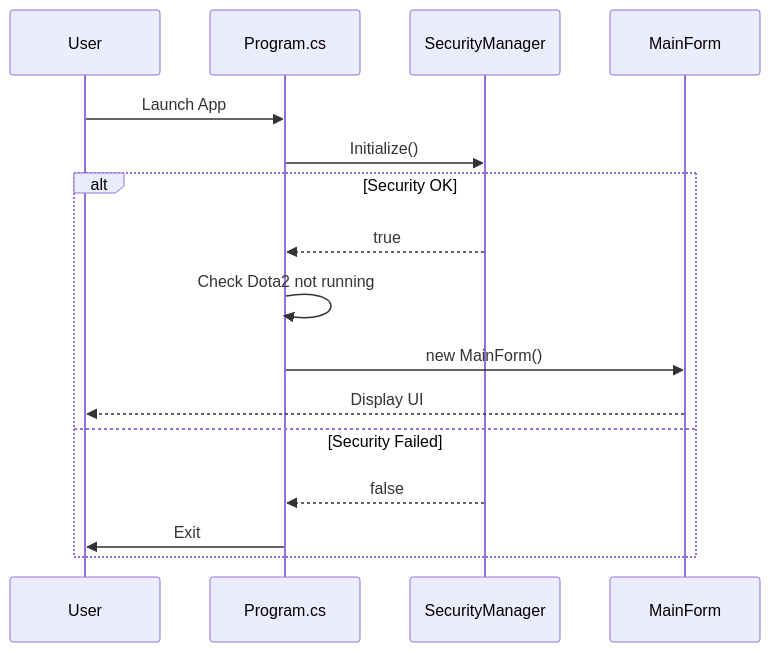
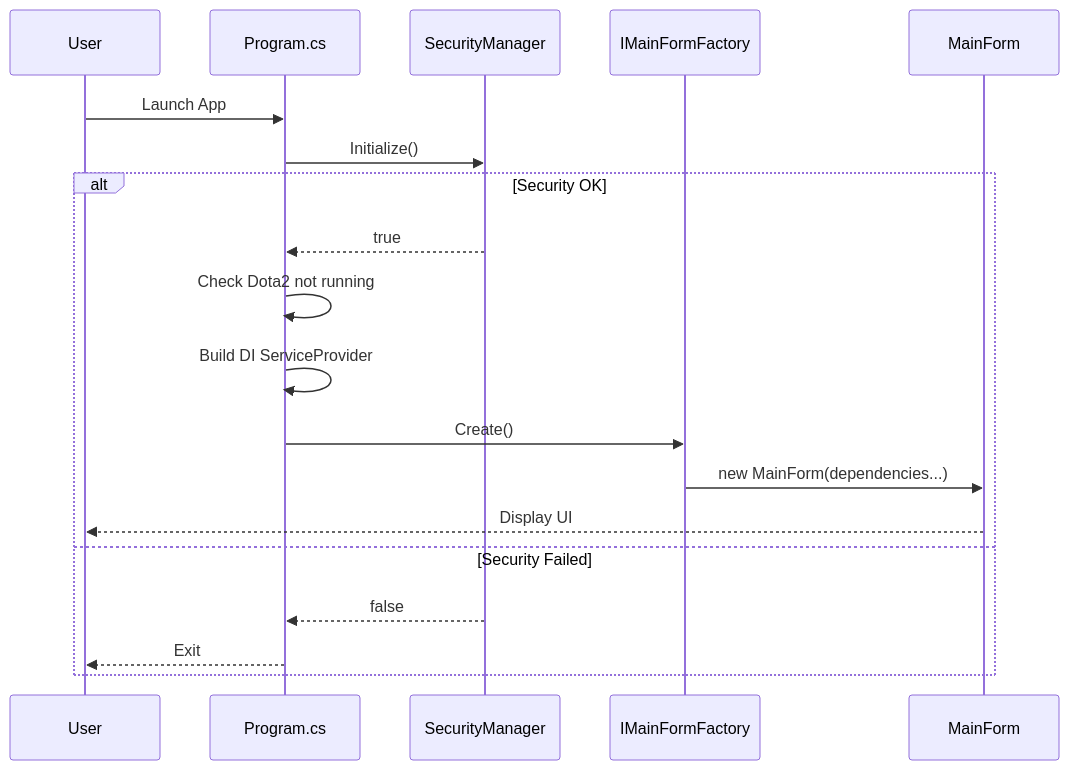
Before and after one commit to Anneardysa/ArdysaModsTools: the second of 8 diagrams in docs/developer/architecture.md, drawn with Mermaid. The commit also changed other lines of this file and 14 other files, not shown here.

````diff
--- a/docs/developer/architecture.md
+++ b/docs/developer/architecture.md
@@ -156,19 +191,22 @@
 ```mermaid
 sequenceDiagram
     participant User
     participant Program.cs
     participant SecurityManager
+    participant IMainFormFactory
     participant MainForm
 
     User->>Program.cs: Launch App
     Program.cs->>SecurityManager: Initialize()
     alt Security OK
         SecurityManager-->>Program.cs: true
         Program.cs->>Program.cs: Check Dota2 not running
-        Program.cs->>MainForm: new MainForm()
+        Program.cs->>Program.cs: Build DI ServiceProvider
+        Program.cs->>IMainFormFactory: Create()
+        IMainFormFactory->>MainForm: new MainForm(dependencies...)
         MainForm-->>User: Display UI
     else Security Failed
         SecurityManager-->>Program.cs: false
-        Program.cs->>User: Exit
+        Program.cs-->>User: Exit
     end
 ```
````
